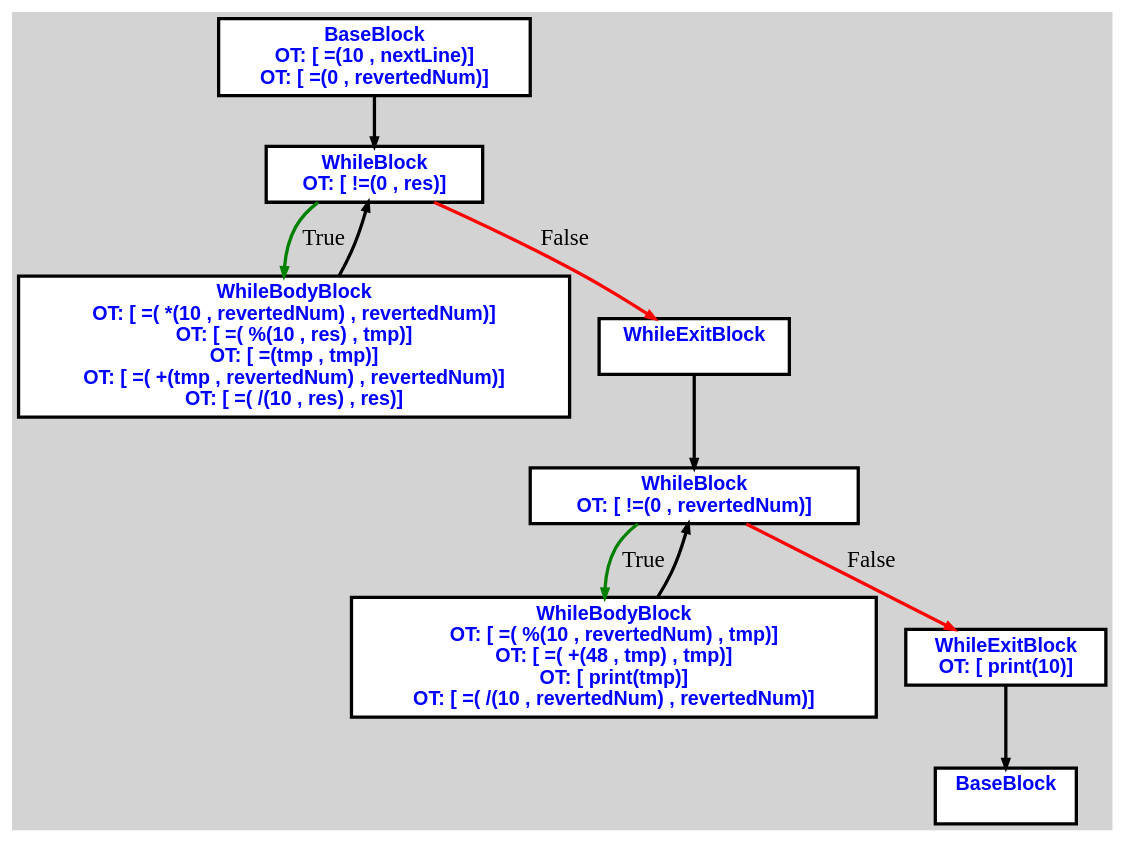
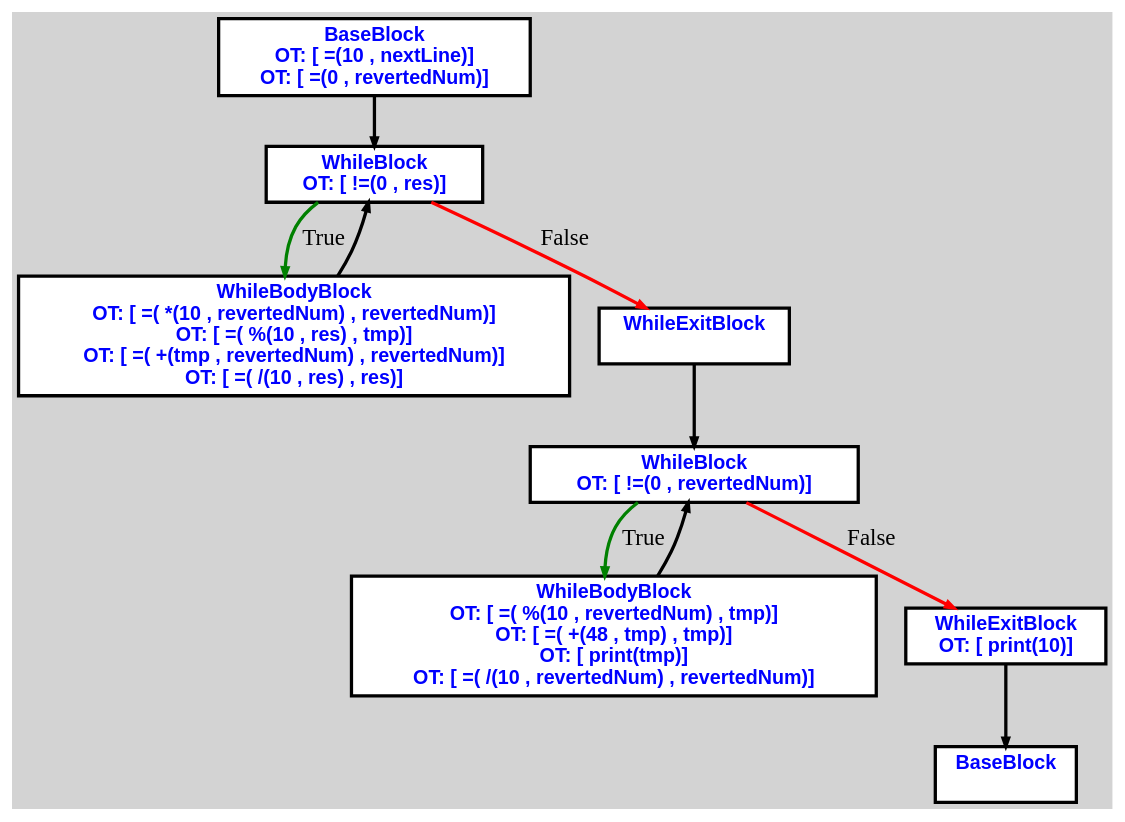
One commit to aveen007/CountingMonkeys changed the diagram in cpoCompilerWin/input2.txt.printf.dot. Above: the diagram before and after it, drawn with Graphviz. The commit also changed 15 other files, not shown here.

```diff
--- a/cpoCompilerWin/input2.txt.printf.dot
+++ b/cpoCompilerWin/input2.txt.printf.dot
@@ -1,38 +1,37 @@
 digraph G {
 ordering=out;
 ranksep=.4;
 bgcolor="lightgrey";  node [shape=box, fixedsize=false, fontsize=12, fontname="Helvetica-bold", fontcolor="blue"
 width=.25, height=.25, color="black", fillcolor="white", style="filled, solid, bold"];
 
-edge [arrowsize=.5, color="black", style="bold"]    n000011F3F7A22D80 [label="BaseBlock\n OT: [ =(10 , nextLine)]
+edge [arrowsize=.5, color="black", style="bold"]    n00001266EED22D80 [label="BaseBlock\n OT: [ =(10 , nextLine)]
 OT: [ =(0 , revertedNum)]
 "]
-    n000011F3F7A22DE0 [label="WhileBlock\n OT: [ !=(0 , res)]
+    n00001266EED22DE0 [label="WhileBlock\n OT: [ !=(0 , res)]
 "]
-    n000011F3F7A22D80 -> n000011F3F7A22DE0
-	   n000011F3F7A22DE0 -> n000011F3F7A22E40 [ label = "True" color="green"]
-    n000011F3F7A22E40 [label="WhileBodyBlock\n OT: [ =( *(10 , revertedNum) , revertedNum)]
+    n00001266EED22D80 -> n00001266EED22DE0
+	   n00001266EED22DE0 -> n00001266EED22E40 [ label = "True" color="green"]
+    n00001266EED22E40 [label="WhileBodyBlock\n OT: [ =( *(10 , revertedNum) , revertedNum)]
 OT: [ =( %(10 , res) , tmp)]
-OT: [ =(tmp , tmp)]
 OT: [ =( +(tmp , revertedNum) , revertedNum)]
 OT: [ =( /(10 , res) , res)]
 "]
-    n000011F3F7A22E40 -> n000011F3F7A22DE0
-	   n000011F3F7A22DE0 -> n000011F3F7A22EA0 [ label = "False" color="red"]
-    n000011F3F7A22EA0 [label="WhileExitBlock\n "]
-    n000011F3F7A22F00 [label="WhileBlock\n OT: [ !=(0 , revertedNum)]
+    n00001266EED22E40 -> n00001266EED22DE0
+	   n00001266EED22DE0 -> n00001266EED22EA0 [ label = "False" color="red"]
+    n00001266EED22EA0 [label="WhileExitBlock\n "]
+    n00001266EED22F00 [label="WhileBlock\n OT: [ !=(0 , revertedNum)]
 "]
-    n000011F3F7A22EA0 -> n000011F3F7A22F00
-	   n000011F3F7A22F00 -> n000011F3F7A22F60 [ label = "True" color="green"]
-    n000011F3F7A22F60 [label="WhileBodyBlock\n OT: [ =( %(10 , revertedNum) , tmp)]
+    n00001266EED22EA0 -> n00001266EED22F00
+	   n00001266EED22F00 -> n00001266EED22F60 [ label = "True" color="green"]
+    n00001266EED22F60 [label="WhileBodyBlock\n OT: [ =( %(10 , revertedNum) , tmp)]
 OT: [ =( +(48 , tmp) , tmp)]
 OT: [ print(tmp)]
 OT: [ =( /(10 , revertedNum) , revertedNum)]
 "]
-    n000011F3F7A22F60 -> n000011F3F7A22F00
-	   n000011F3F7A22F00 -> n000011F3F7A22FC0 [ label = "False" color="red"]
-    n000011F3F7A22FC0 [label="WhileExitBlock\n OT: [ print(10)]
+    n00001266EED22F60 -> n00001266EED22F00
+	   n00001266EED22F00 -> n00001266EED22FC0 [ label = "False" color="red"]
+    n00001266EED22FC0 [label="WhileExitBlock\n OT: [ print(10)]
 "]
-    n000011F3F7A23020 [label="BaseBlock\n "]
-    n000011F3F7A22FC0 -> n000011F3F7A23020
+    n00001266EED23020 [label="BaseBlock\n "]
+    n00001266EED22FC0 -> n00001266EED23020
 }
```
